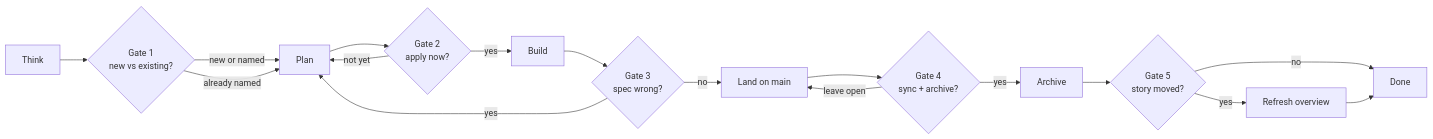
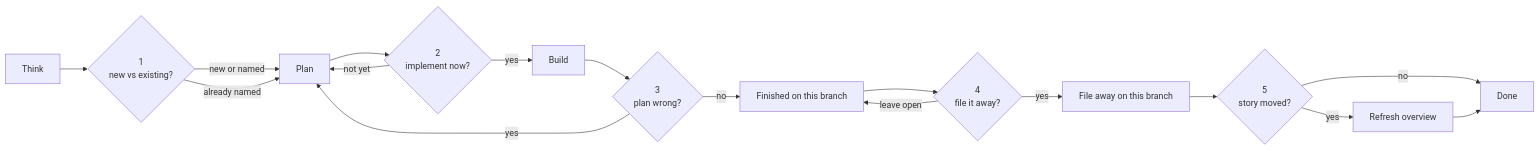
One commit to ratsuns/skills changed the diagram in skills/openspec-lifecycle-gates/references/workflow.md. Above: the diagram before and after it, drawn with Mermaid. The commit also changed other lines of this file and 2 other files, not shown here.

First line of the commit message:
Keep OpenSpec close-out on the current PR branch.

````diff
--- a/skills/openspec-lifecycle-gates/references/workflow.md
+++ b/skills/openspec-lifecycle-gates/references/workflow.md
@@ -15,19 +15,19 @@
 ```mermaid
 flowchart LR
-  Think[Think] --> G1{Gate 1<br/>new vs existing?}
+  Think[Think] --> G1{1<br/>new vs existing?}
   G1 -->|new or named| Plan[Plan]
   G1 -->|already named| Plan
-  Plan --> G2{Gate 2<br/>apply now?}
+  Plan --> G2{2<br/>implement now?}
   G2 -->|yes| Build[Build]
   G2 -->|not yet| Plan
-  Build --> G3{Gate 3<br/>spec wrong?}
+  Build --> G3{3<br/>plan wrong?}
   G3 -->|yes| Plan
-  G3 -->|no| Land[Land on main]
-  Land --> G4{Gate 4<br/>sync + archive?}
-  G4 -->|yes| Archive[Archive]
+  G3 -->|no| Land[Finished on this branch]
+  Land --> G4{4<br/>file it away?}
+  G4 -->|yes| Archive[File away on this branch]
   G4 -->|leave open| Land
-  Archive --> G5{Gate 5<br/>story moved?}
+  Archive --> G5{5<br/>story moved?}
   G5 -->|yes| Overview[Refresh overview]
   G5 -->|no| Done[Done]
   Overview --> Done
 ```
````
